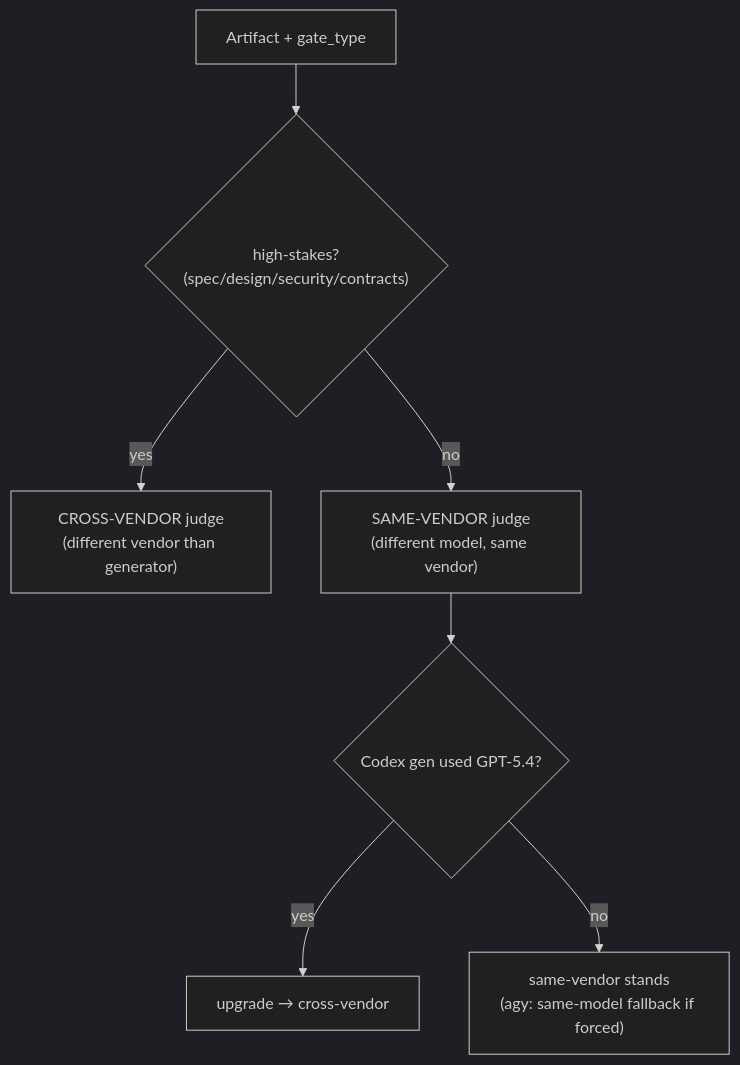
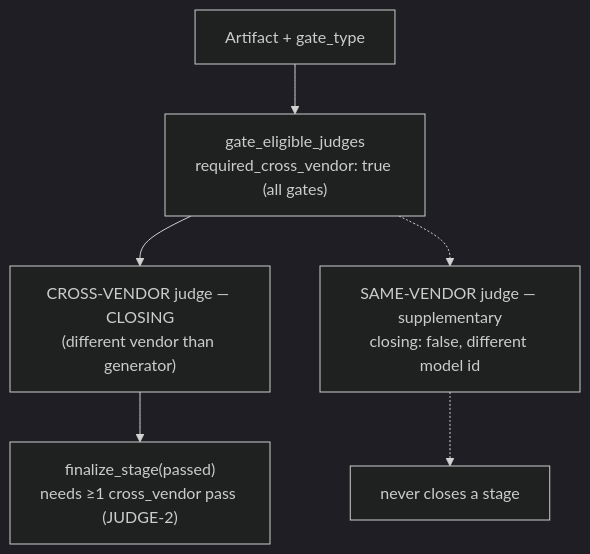
Before and after one commit to lebobo88/pair-programmer: the sixth of 7 diagrams in ARCHITECTURE.md, drawn with Mermaid. The commit also changed other lines of this file and 11 other files, not shown here.

````diff
--- a/ARCHITECTURE.md
+++ b/ARCHITECTURE.md
@@ -353,10 +413,9 @@
 ```mermaid
 %%{init: {'theme':'dark'}}%%
 flowchart TB
-    A["Artifact + gate_type"] --> R{"high-stakes?<br/>(spec/design/security/contracts)"}
-    R -- "yes" --> CV["CROSS-VENDOR judge<br/>(different vendor than generator)"]
-    R -- "no" --> SV["SAME-VENDOR judge<br/>(different model, same vendor)"]
-    SV --> U{"Codex gen used GPT-5.4?"}
-    U -- "yes" --> CV2["upgrade → cross-vendor"]
-    U -- "no" --> SV2["same-vendor stands<br/>(agy: same-model fallback if forced)"]
+    A["Artifact + gate_type"] --> G["gate_eligible_judges<br/>required_cross_vendor: true (all gates)"]
+    G --> CV["CROSS-VENDOR judge — CLOSING<br/>(different vendor than generator)"]
+    G -.-> SV["SAME-VENDOR judge — supplementary<br/>closing: false, different model id"]
+    CV --> F["finalize_stage(passed)<br/>needs ≥1 cross_vendor pass (JUDGE-2)"]
+    SV -.-> X["never closes a stage"]
 ```
````
